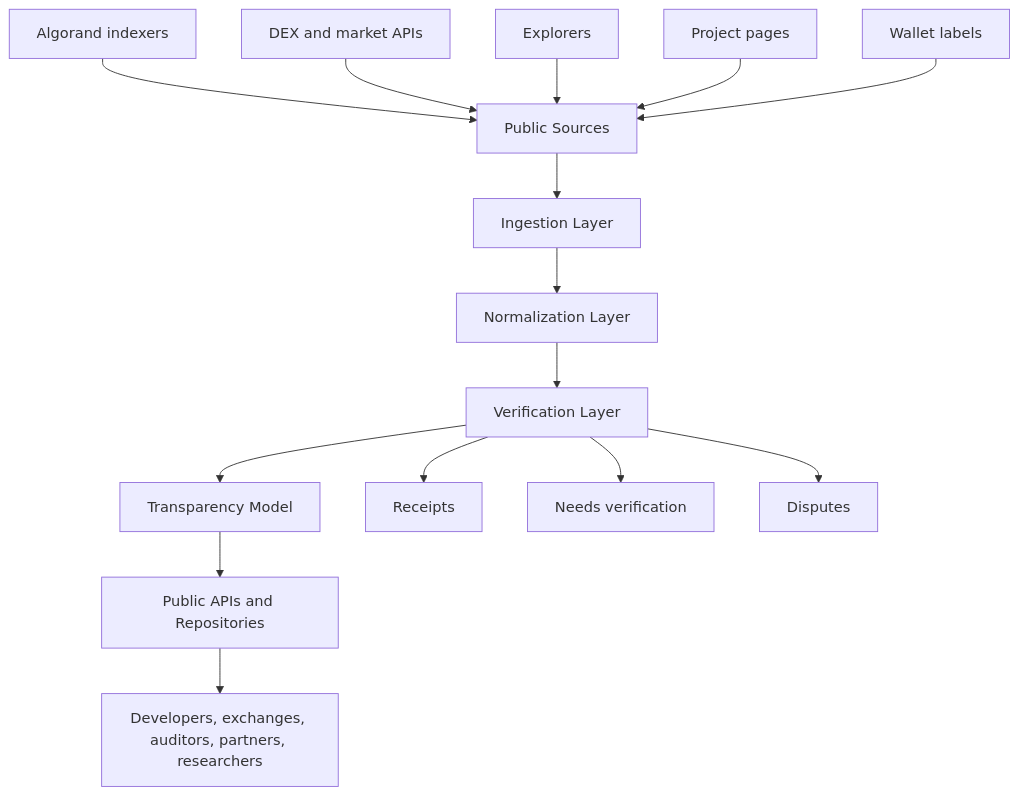
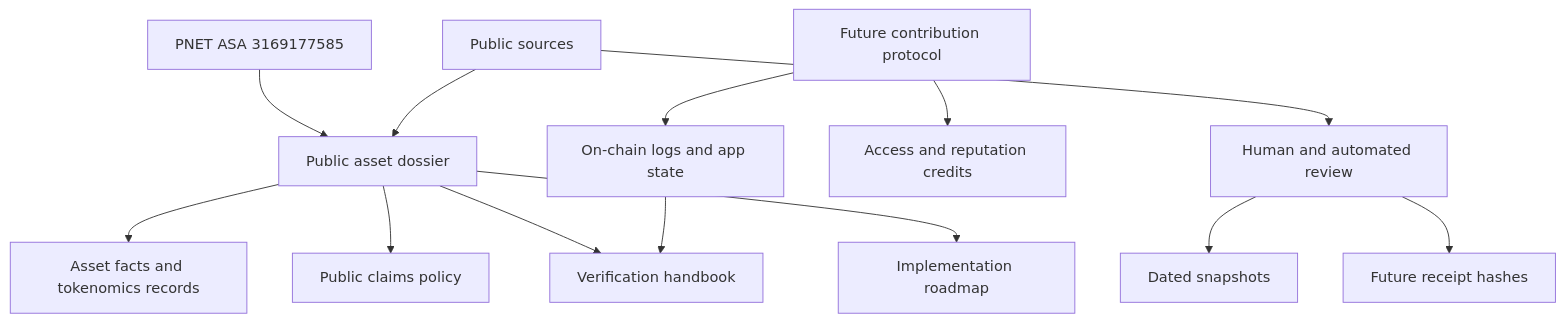
The first of 2 diagrams in WHITEPAPER.md (testedprofit/pnet-asset-dossier), drawn with Mermaid before and after one commit. The commit also changed other lines of this file and 66 other files, not shown here.

Commit message:
Add PNET transparency and contribution dossier package

````diff
--- a/WHITEPAPER.md
+++ b/WHITEPAPER.md
@@ -202,19 +136,17 @@
 ```mermaid
 flowchart TB
-    A["Public Sources"] --> B["Ingestion Layer"]
-    B --> C["Normalization Layer"]
-    C --> D["Verification Layer"]
-    D --> E["Transparency Model"]
-    E --> F["Public APIs and Repositories"]
-    F --> G["Developers, exchanges, auditors, partners, researchers"]
+    ASA["PNET ASA 3169177585"] --> Dossier["Public asset dossier"]
+    Sources["Public sources"] --> Dossier
+    Dossier --> Facts["Asset facts and tokenomics records"]
+    Dossier --> Claims["Public claims policy"]
+    Dossier --> Handbook["Verification handbook"]
+    Dossier --> Roadmap["Implementation roadmap"]
 
-    A1["Algorand indexers"] --> A
-    A2["DEX and market APIs"] --> A
-    A3["Explorers"] --> A
-    A4["Project pages"] --> A
-    A5["Wallet labels"] --> A
+    Sources --> Review["Human and automated review"]
+    Review --> Snapshots["Dated snapshots"]
+    Review --> Receipts["Future receipt hashes"]
 
-    D --> H["Receipts"]
-    D --> I["Needs verification"]
-    D --> J["Disputes"]
+    Credits["Future contribution protocol"] --> Access["Access and reputation credits"]
+    Credits --> Logs["On-chain logs and app state"]
+    Logs --> Handbook
 ```
````
